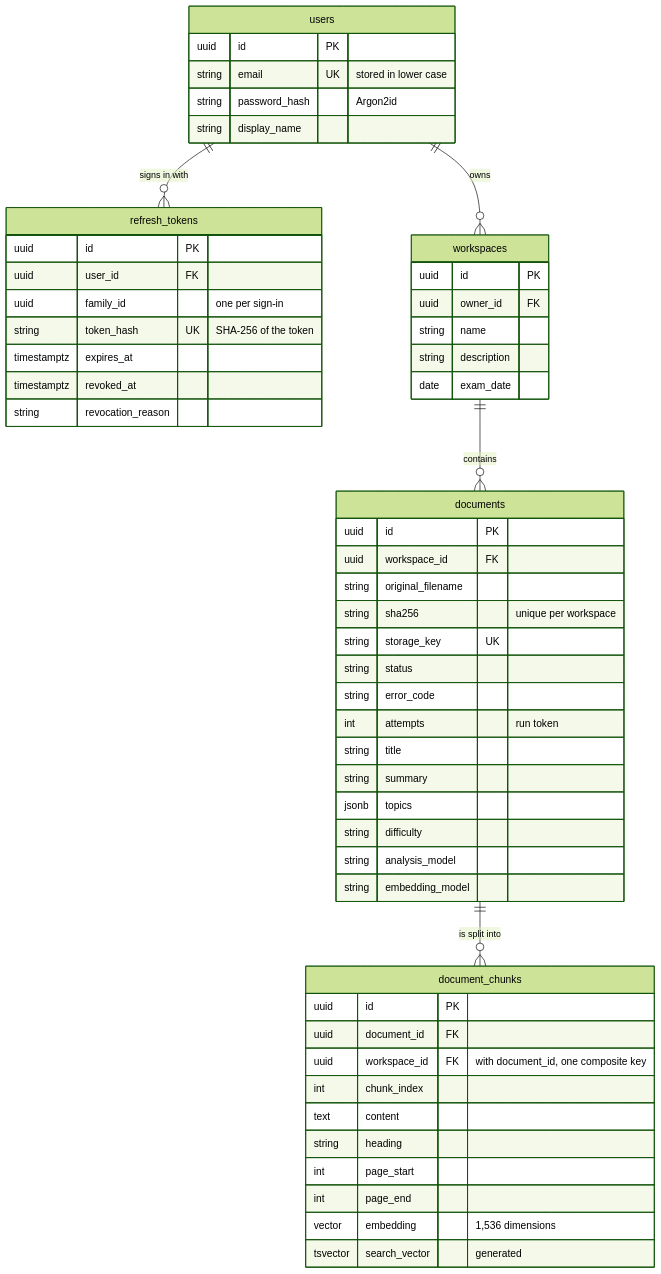
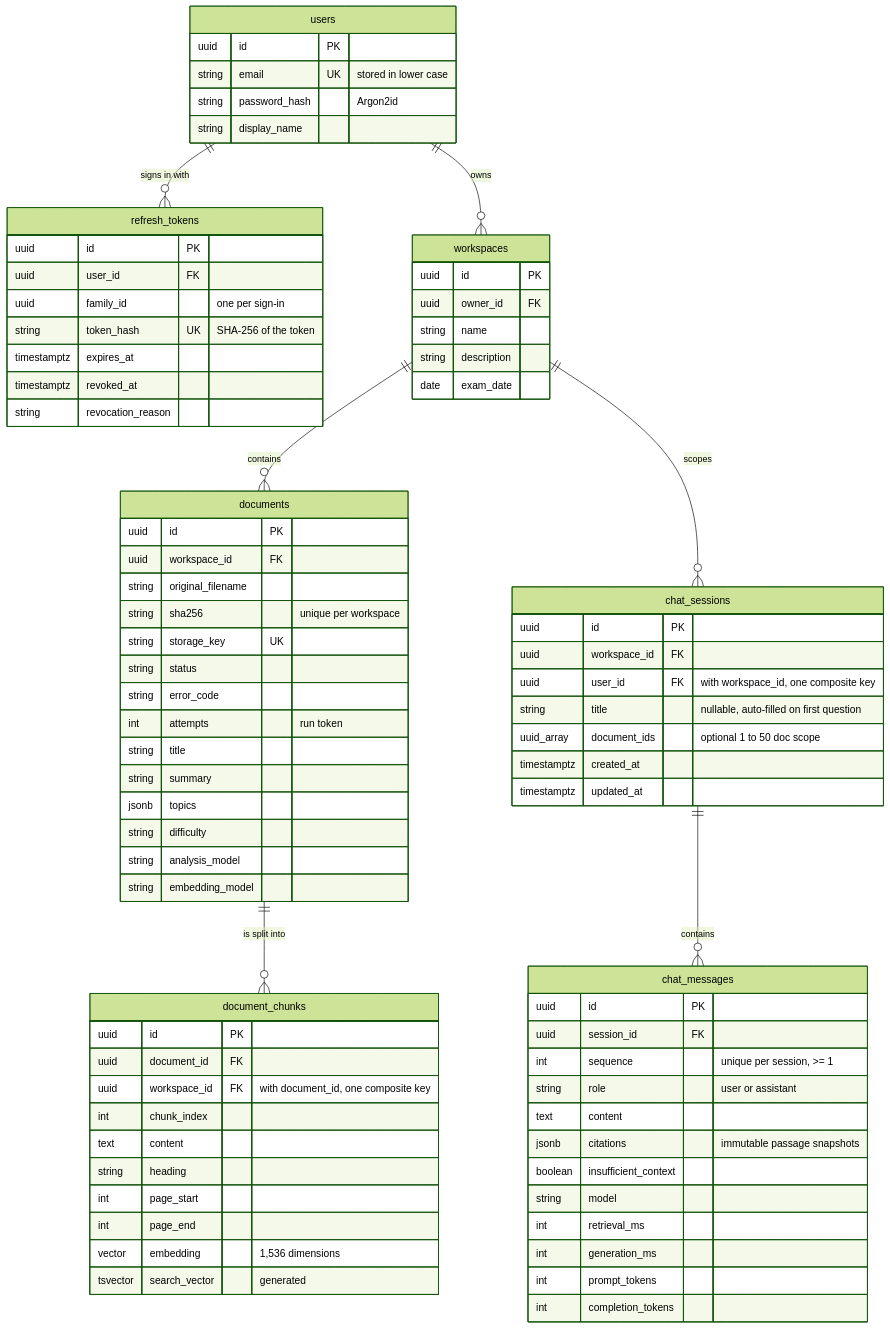
The fourth of 4 diagrams in README.md (APELSINKos/ai-study-platform), drawn with Mermaid (forest theme) before and after one commit. The commit also changed other lines of this file, not shown here.

Commit message:
docs: README covers grounded chat, citations and chat API

````diff
--- a/README.md
+++ b/README.md
@@ -175,57 +185,82 @@
 ```mermaid
 erDiagram
     users ||--o{ refresh_tokens : "signs in with"
     users ||--o{ workspaces : owns
     workspaces ||--o{ documents : contains
     documents ||--o{ document_chunks : "is split into"
+    workspaces ||--o{ chat_sessions : scopes
+    chat_sessions ||--o{ chat_messages : contains
     users {
         uuid id PK
         string email UK "stored in lower case"
         string password_hash "Argon2id"
         string display_name
     }
     refresh_tokens {
         uuid id PK
         uuid user_id FK
         uuid family_id "one per sign-in"
         string token_hash UK "SHA-256 of the token"
         timestamptz expires_at
         timestamptz revoked_at
         string revocation_reason
     }
     workspaces {
         uuid id PK
         uuid owner_id FK
         string name
         string description
         date exam_date
     }
     documents {
         uuid id PK
         uuid workspace_id FK
         string original_filename
         string sha256 "unique per workspace"
         string storage_key UK
         string status
         string error_code
         int attempts "run token"
         string title
         string summary
         jsonb topics
         string difficulty
         string analysis_model
         string embedding_model
     }
     document_chunks {
         uuid id PK
         uuid document_id FK
         uuid workspace_id FK "with document_id, one composite key"
         int chunk_index
         text content
         string heading
         int page_start
         int page_end
         vector embedding "1,536 dimensions"
         tsvector search_vector "generated"
     }
+    chat_sessions {
+        uuid id PK
+        uuid workspace_id FK
+        uuid user_id FK "with workspace_id, one composite key"
+        string title "nullable, auto-filled on first question"
+        uuid_array document_ids "optional 1 to 50 doc scope"
+        timestamptz created_at
+        timestamptz updated_at
+    }
+    chat_messages {
+        uuid id PK
+        uuid session_id FK
+        int sequence "unique per session, >= 1"
+        string role "user or assistant"
+        text content
+        jsonb citations "immutable passage snapshots"
+        boolean insufficient_context
+        string model
+        int retrieval_ms
+        int generation_ms
+        int prompt_tokens
+        int completion_tokens
+    }
 ```
````
